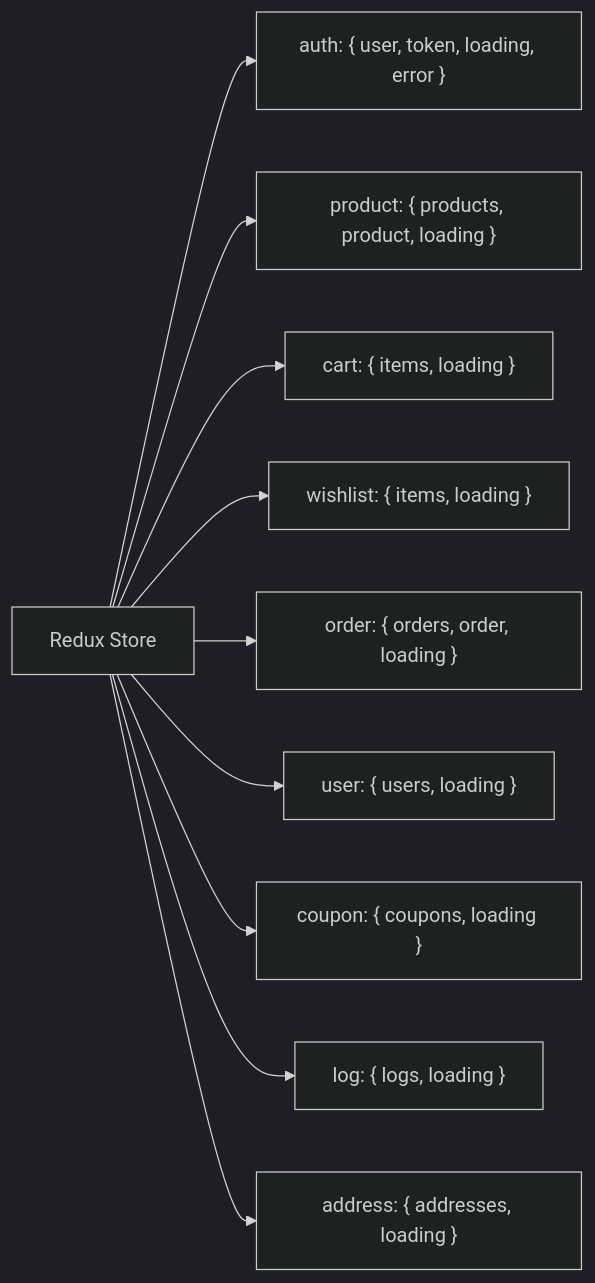
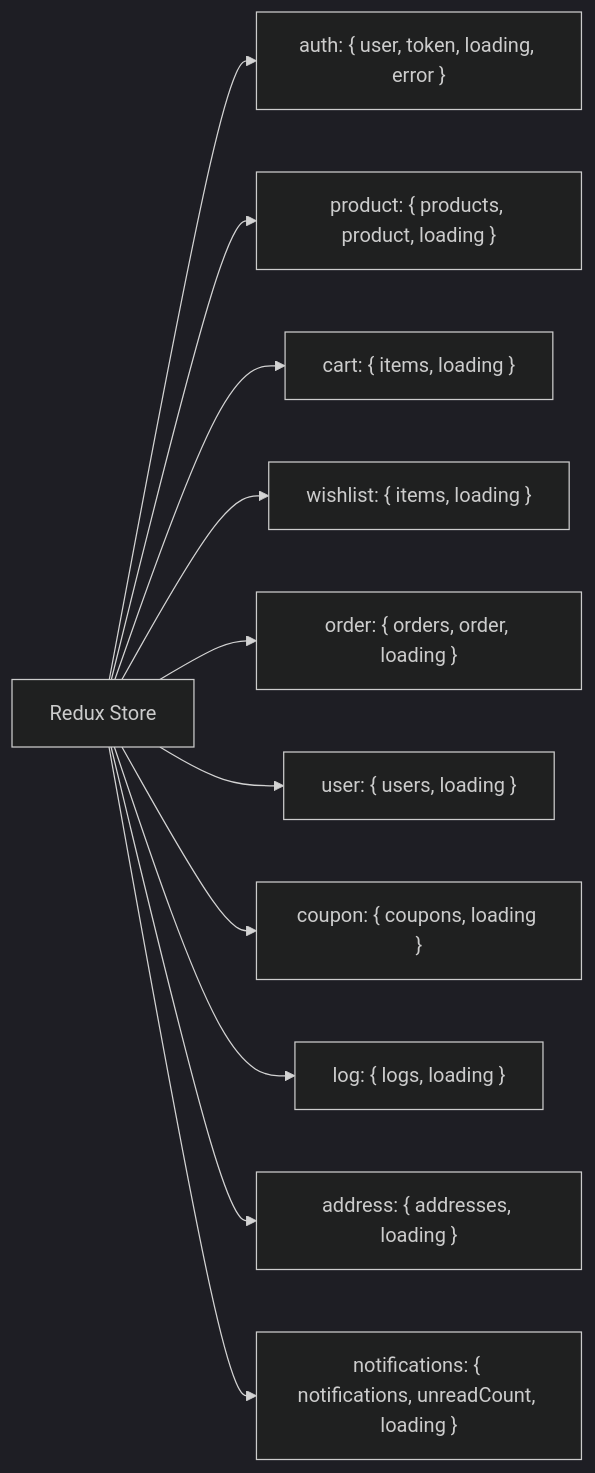
The tenth of 10 diagrams in architecture_diagrams.md (Narendrakaduru/QuickCart), drawn with Mermaid (dark theme) before and after one commit. The commit also changed other lines of this file and 1 other file, not shown here.

````diff
--- a/architecture_diagrams.md
+++ b/architecture_diagrams.md
@@ -493,12 +518,13 @@
 ```mermaid
 graph LR
     STORE["Redux Store"] --> AUTH["auth: { user, token, loading, error }"]
     STORE --> PROD["product: { products, product, loading }"]
     STORE --> CART["cart: { items, loading }"]
     STORE --> WL["wishlist: { items, loading }"]
     STORE --> ORD["order: { orders, order, loading }"]
     STORE --> USR["user: { users, loading }"]
     STORE --> CPN["coupon: { coupons, loading }"]
     STORE --> LOG["log: { logs, loading }"]
     STORE --> ADDR["address: { addresses, loading }"]
+    STORE --> NOTIF["notifications: { notifications, unreadCount, loading }"]
 ```
````
